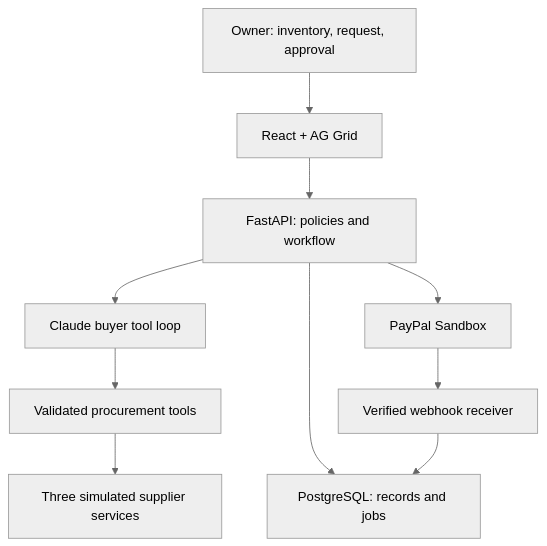
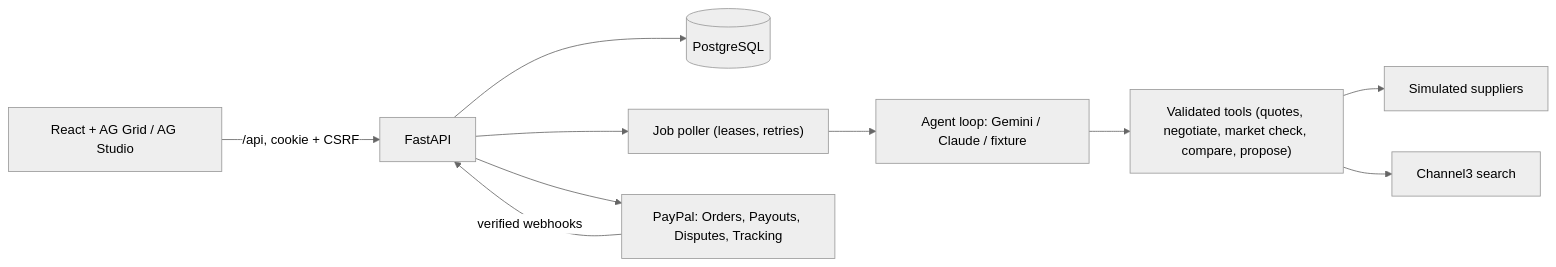
The diagram in README.md (Anusmita12/paypal), drawn with Mermaid (neutral theme) before and after one commit. The commit also changed other lines of this file and 12 other files, not shown here.

Commit message:
Phase 6: README, docs (architecture, verification, demo script, submission), Dockerfile, compose, Render blueprint, CI, LICENSE placeholder

````diff
--- a/README.md
+++ b/README.md
@@ -75,12 +62,12 @@
 ```mermaid
-flowchart TD
-    U["Owner: inventory, request, approval"] --> W["React + AG Grid"]
-    W --> A["FastAPI: policies and workflow"]
-    A --> L["Claude buyer tool loop"]
-    L --> T["Validated procurement tools"]
-    T --> S["Three simulated supplier services"]
-    A --> D["PostgreSQL: records and jobs"]
-    A --> P["PayPal Sandbox"]
-    P --> H["Verified webhook receiver"]
-    H --> D
+flowchart LR
+  UI["React + AG Grid / AG Studio"] -->|"/api, cookie + CSRF"| API["FastAPI"]
+  API --> DB[("PostgreSQL")]
+  API --> Jobs["Job poller (leases, retries)"]
+  Jobs --> Agent["Agent loop: Gemini / Claude / fixture"]
+  Agent --> Tools["Validated tools (quotes, negotiate, market check, compare, propose)"]
+  Tools --> Sup["Simulated suppliers"]
+  Tools --> C3["Channel3 search"]
+  API --> PP["PayPal: Orders, Payouts, Disputes, Tracking"]
+  PP -->|"verified webhooks"| API
 ```
````
